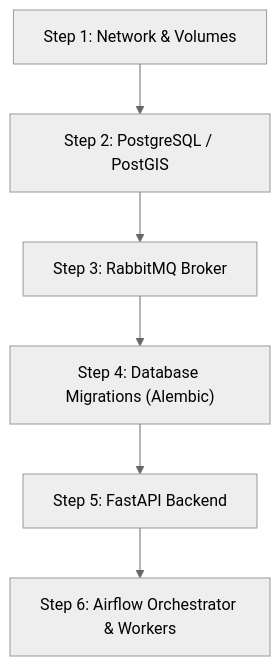
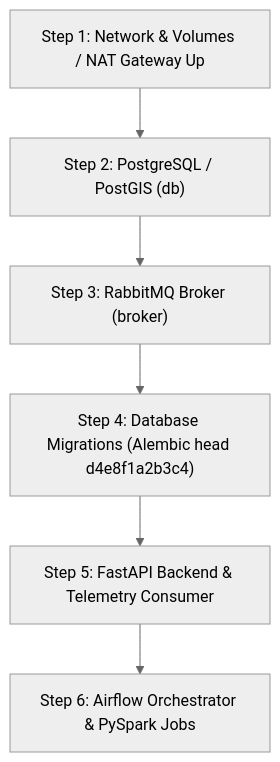
The diagram in docs/runbooks/SYSTEM_MAINTENANCE_PROCEDURES.md (AgroSense-Riwi/API), drawn with Mermaid (neutral theme) before and after one commit. The commit also changed other lines of this file and 23 other files, not shown here.

Commit message:
feat(api,data,infra): close blocks 1-4 telemetry persistence, 18-table schema, CRUD endpoints, Gold star tables, and FinOps automation

````diff
--- a/docs/runbooks/SYSTEM_MAINTENANCE_PROCEDURES.md
+++ b/docs/runbooks/SYSTEM_MAINTENANCE_PROCEDURES.md
@@ -27,8 +27,8 @@
 ```mermaid
 graph TD
-    A["Step 1: Network & Volumes"] --> B["Step 2: PostgreSQL / PostGIS"]
-    B --> C["Step 3: RabbitMQ Broker"]
-    C --> D["Step 4: Database Migrations (Alembic)"]
-    D --> E["Step 5: FastAPI Backend"]
-    E --> F["Step 6: Airflow Orchestrator & Workers"]
+    A["Step 1: Network & Volumes / NAT Gateway Up"] --> B["Step 2: PostgreSQL / PostGIS (db)"]
+    B --> C["Step 3: RabbitMQ Broker (broker)"]
+    C --> D["Step 4: Database Migrations (Alembic head d4e8f1a2b3c4)"]
+    D --> E["Step 5: FastAPI Backend & Telemetry Consumer"]
+    E --> F["Step 6: Airflow Orchestrator & PySpark Jobs"]
 ```
````
